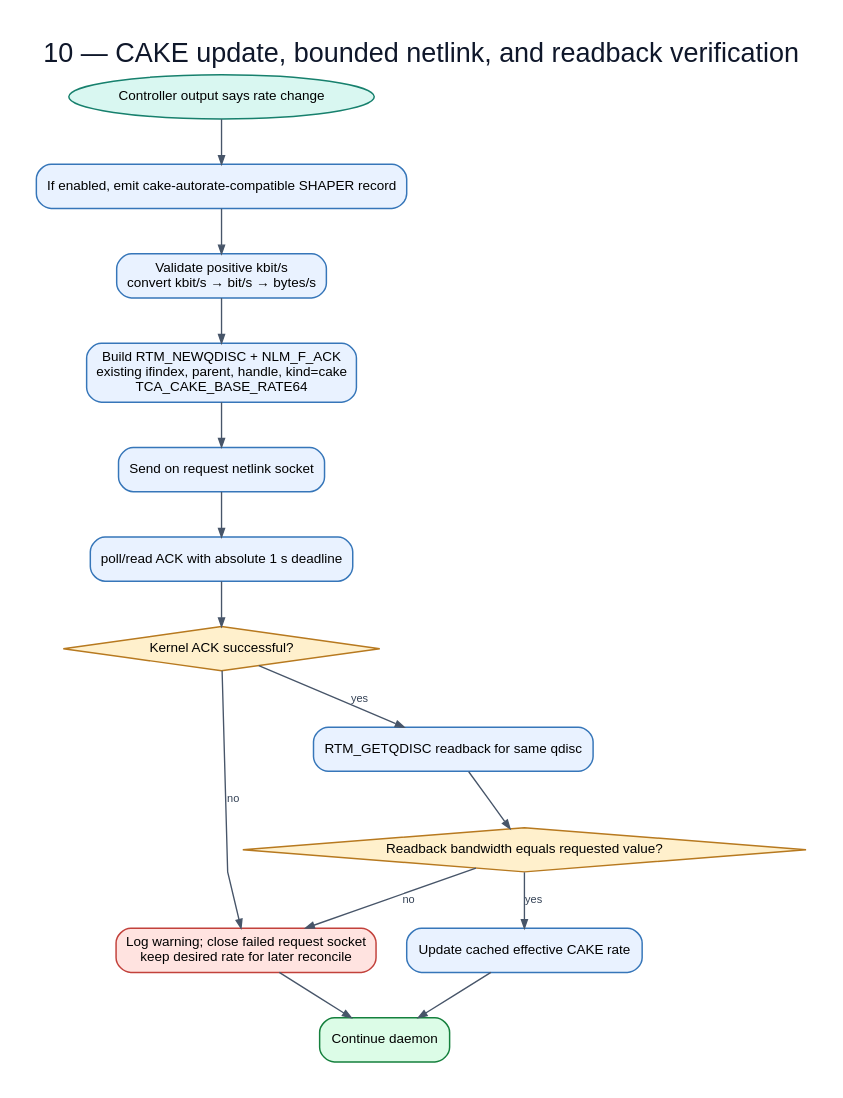
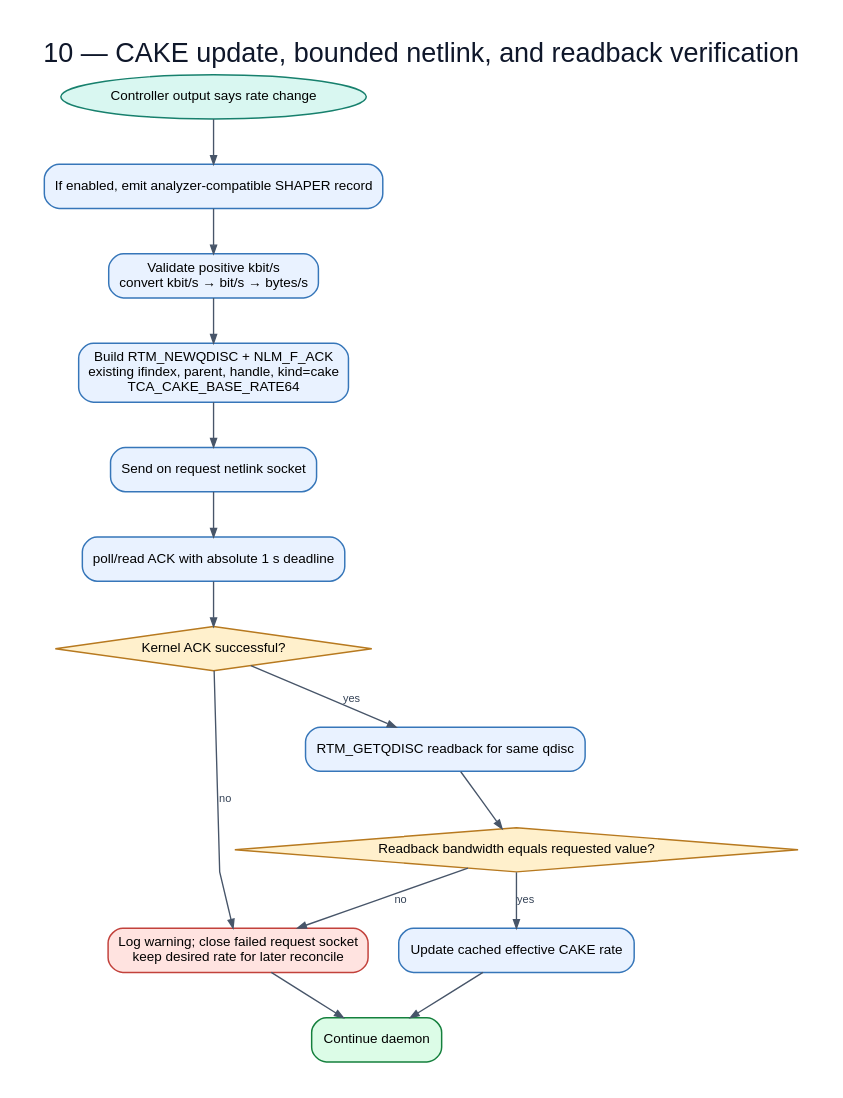
Before and after one commit to huydoan94/cake-adapt: the diagram in flowchart/diagrams/10-apply-and-verify.dot, drawn with Graphviz. The commit also changed 6 other files, not shown here.

```diff
--- a/flowchart/diagrams/10-apply-and-verify.dot
+++ b/flowchart/diagrams/10-apply-and-verify.dot
@@ -1,30 +1,30 @@
 digraph G {
   graph [rankdir=TB,bgcolor="white",pad="0.30",nodesep="0.35",ranksep="0.48",splines=polyline,fontname="Arial",label="10 — CAKE update, bounded netlink, and readback verification",labelloc=t,fontsize=22,fontcolor="#0f172a"];
   node [fontname="Arial",fontsize=11,margin="0.14,0.09",penwidth=1.2];
   edge [fontname="Arial",fontsize=9,color="#475569",fontcolor="#334155",arrowsize=0.7,penwidth=1.1];
   change [label="Controller output says rate change",shape=oval,style="filled",fillcolor="#d9f7f1",color="#17806d"];
-  log [label="If enabled, emit cake-autorate-compatible SHAPER record",shape=box,style="rounded,filled",fillcolor="#e9f2ff",color="#3676b9"];
+  log [label="If enabled, emit analyzer-compatible SHAPER record",shape=box,style="rounded,filled",fillcolor="#e9f2ff",color="#3676b9"];
   convert [label="Validate positive kbit/s\nconvert kbit/s → bit/s → bytes/s",shape=box,style="rounded,filled",fillcolor="#e9f2ff",color="#3676b9"];
   msg [label="Build RTM_NEWQDISC + NLM_F_ACK\nexisting ifindex, parent, handle, kind=cake\nTCA_CAKE_BASE_RATE64",shape=box,style="rounded,filled",fillcolor="#e9f2ff",color="#3676b9"];
   send [label="Send on request netlink socket",shape=box,style="rounded,filled",fillcolor="#e9f2ff",color="#3676b9"];
   wait [label="poll/read ACK with absolute 1 s deadline",shape=box,style="rounded,filled",fillcolor="#e9f2ff",color="#3676b9"];
   ack [label="Kernel ACK successful?",shape=diamond,style="filled",fillcolor="#fff0cc",color="#b7791f"];
   fail [label="Log warning; close failed request socket\nkeep desired rate for later reconcile",shape=box,style="rounded,filled",fillcolor="#ffe3e0",color="#c2413b"];
   read [label="RTM_GETQDISC readback for same qdisc",shape=box,style="rounded,filled",fillcolor="#e9f2ff",color="#3676b9"];
   match [label="Readback bandwidth equals requested value?",shape=diamond,style="filled",fillcolor="#fff0cc",color="#b7791f"];
   cache [label="Update cached effective CAKE rate",shape=box,style="rounded,filled",fillcolor="#e9f2ff",color="#3676b9"];
   done [label="Continue daemon",shape=box,style="rounded,filled,bold",fillcolor="#dcfce7",color="#15803d"];
   change -> log;
   log -> convert;
   convert -> msg;
   msg -> send;
   send -> wait;
   wait -> ack;
   ack -> fail [label="no"];
   ack -> read [label="yes"];
   read -> match;
   match -> cache [label="yes"];
   match -> fail [label="no"];
   cache -> done;
   fail -> done;
 }
```
